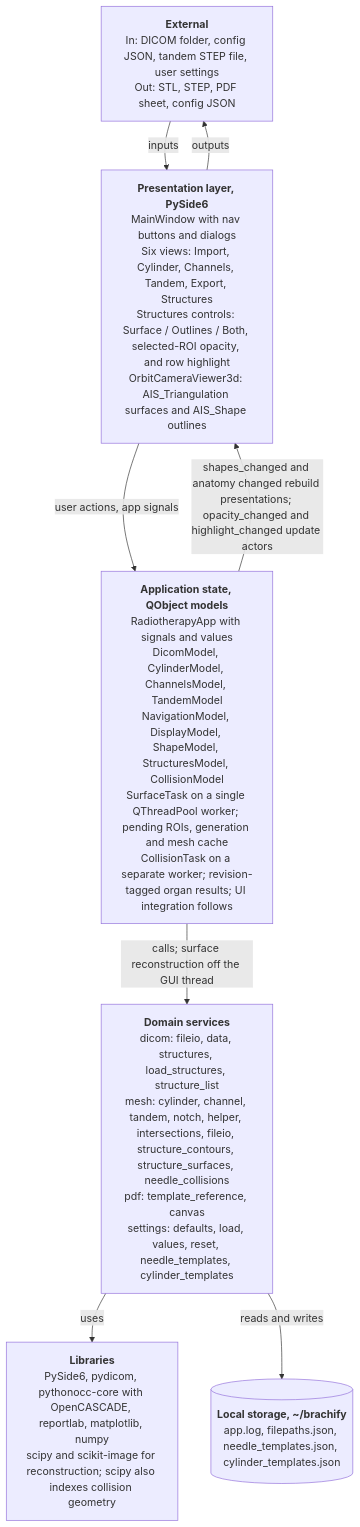
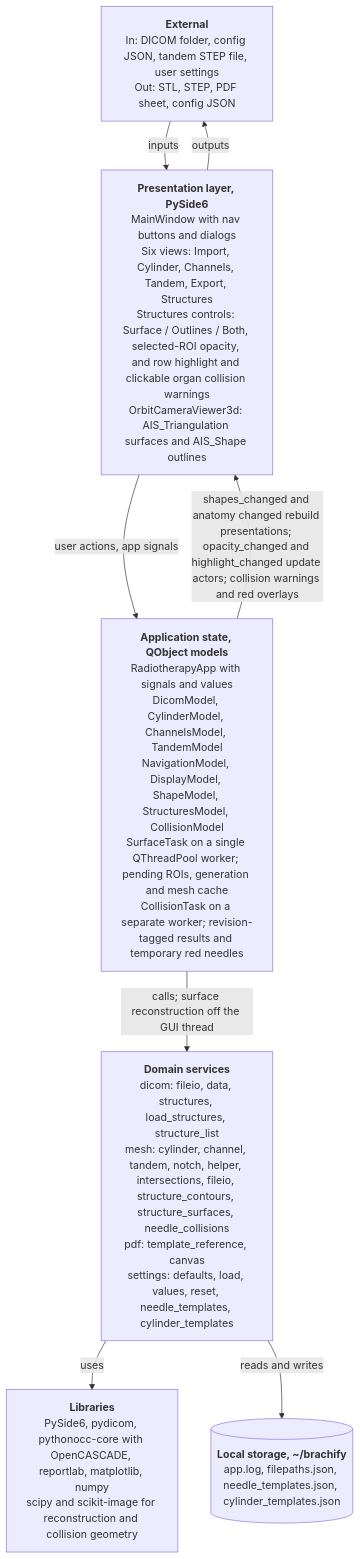
One commit to COSC-499-W2026/capstone-project-team-10 changed the diagram in docs/architecture/diagrams/system-architecture.mmd. Above: the diagram before and after it, drawn with Mermaid. The commit also changed 5 other files, not shown here.

Commit message:
feat: show organ collision warnings and red needle overlays

```diff
--- a/docs/architecture/diagrams/system-architecture.mmd
+++ b/docs/architecture/diagrams/system-architecture.mmd
@@ -1,17 +1,17 @@
 %% title: System architecture
 %% alt: System architecture of brachify, a layered desktop application with a presentation layer, application state, domain services, third party libraries and local storage
 flowchart TB
   ext["<b>External</b><br/>In: DICOM folder, config JSON, tandem STEP file, user settings<br/>Out: STL, STEP, PDF sheet, config JSON"]
-  pres["<b>Presentation layer, PySide6</b><br/>MainWindow with nav buttons and dialogs<br/>Six views: Import, Cylinder, Channels, Tandem, Export, Structures<br/>Structures controls: Surface / Outlines / Both, selected-ROI opacity, and row highlight<br/>OrbitCameraViewer3d: AIS_Triangulation surfaces and AIS_Shape outlines"]
-  state["<b>Application state, QObject models</b><br/>RadiotherapyApp with signals and values<br/>DicomModel, CylinderModel, ChannelsModel, TandemModel<br/>NavigationModel, DisplayModel, ShapeModel, StructuresModel, CollisionModel<br/>SurfaceTask on a single QThreadPool worker; pending ROIs, generation and mesh cache<br/>CollisionTask on a separate worker; revision-tagged organ results; UI integration follows"]
+  pres["<b>Presentation layer, PySide6</b><br/>MainWindow with nav buttons and dialogs<br/>Six views: Import, Cylinder, Channels, Tandem, Export, Structures<br/>Structures controls: Surface / Outlines / Both, selected-ROI opacity, and row highlight and clickable organ collision warnings<br/>OrbitCameraViewer3d: AIS_Triangulation surfaces and AIS_Shape outlines"]
+  state["<b>Application state, QObject models</b><br/>RadiotherapyApp with signals and values<br/>DicomModel, CylinderModel, ChannelsModel, TandemModel<br/>NavigationModel, DisplayModel, ShapeModel, StructuresModel, CollisionModel<br/>SurfaceTask on a single QThreadPool worker; pending ROIs, generation and mesh cache<br/>CollisionTask on a separate worker; revision-tagged results and temporary red needles"]
   domain["<b>Domain services</b><br/>dicom: fileio, data, structures, load_structures, structure_list<br/>mesh: cylinder, channel, tandem, notch, helper, intersections, fileio, structure_contours, structure_surfaces, needle_collisions<br/>pdf: template_reference, canvas<br/>settings: defaults, load, values, reset, needle_templates, cylinder_templates"]
-  lib["<b>Libraries</b><br/>PySide6, pydicom, pythonocc-core with OpenCASCADE, reportlab, matplotlib, numpy<br/>scipy and scikit-image for reconstruction; scipy also indexes collision geometry"]
+  lib["<b>Libraries</b><br/>PySide6, pydicom, pythonocc-core with OpenCASCADE, reportlab, matplotlib, numpy<br/>scipy and scikit-image for reconstruction and collision geometry"]
   disk[("<b>Local storage, ~/brachify</b><br/>app.log, filepaths.json, needle_templates.json, cylinder_templates.json")]
 
   ext -->|"inputs"| pres
   pres -->|"outputs"| ext
   pres -->|"user actions, app signals"| state
-  state -->|"shapes_changed and anatomy changed rebuild presentations; opacity_changed and highlight_changed update actors"| pres
+  state -->|"shapes_changed and anatomy changed rebuild presentations; opacity_changed and highlight_changed update actors; collision warnings and red overlays"| pres
   state -->|"calls; surface reconstruction off the GUI thread"| domain
   domain -->|"uses"| lib
   domain -->|"reads and writes"| disk
```
